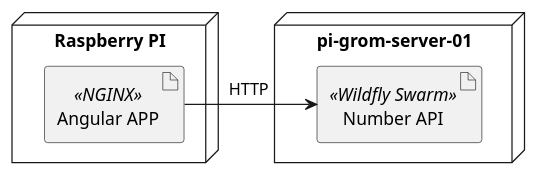
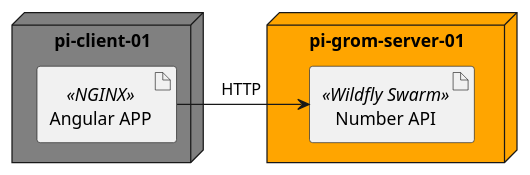
Before and after one commit to agoncal/baking-microservice-pie: the diagram in slides/src/main/plantuml/basic-architecture.puml, drawn with PlantUML. The commit also changed 1 other file, not shown here.

```diff
--- a/slides/src/main/plantuml/basic-architecture.puml
+++ b/slides/src/main/plantuml/basic-architecture.puml
@@ -1,12 +1,12 @@
 @startuml
 
-node "Raspberry PI" as piclient {
+node "pi-client-01" as piclient #grey {
     artifact "Angular APP" <<NGINX>> as angular
 }
 
-node "pi-grom-server-01" as piserver {
+node "pi-grom-server-01" as piserver #orange {
     artifact "Number API" <<Wildfly Swarm>> as numberapi
 }
 
 angular -> numberapi: "     HTTP      "
 @enduml
```
